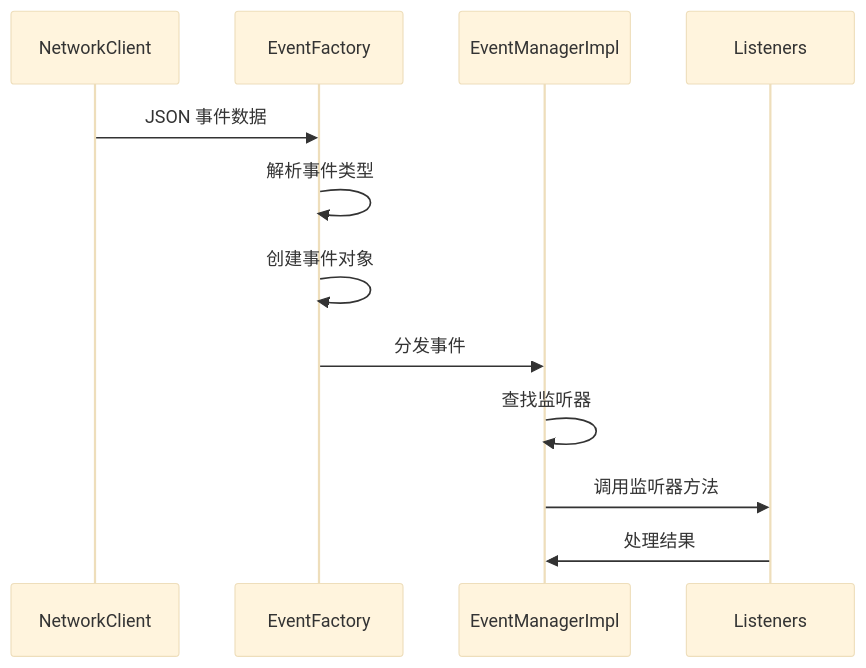
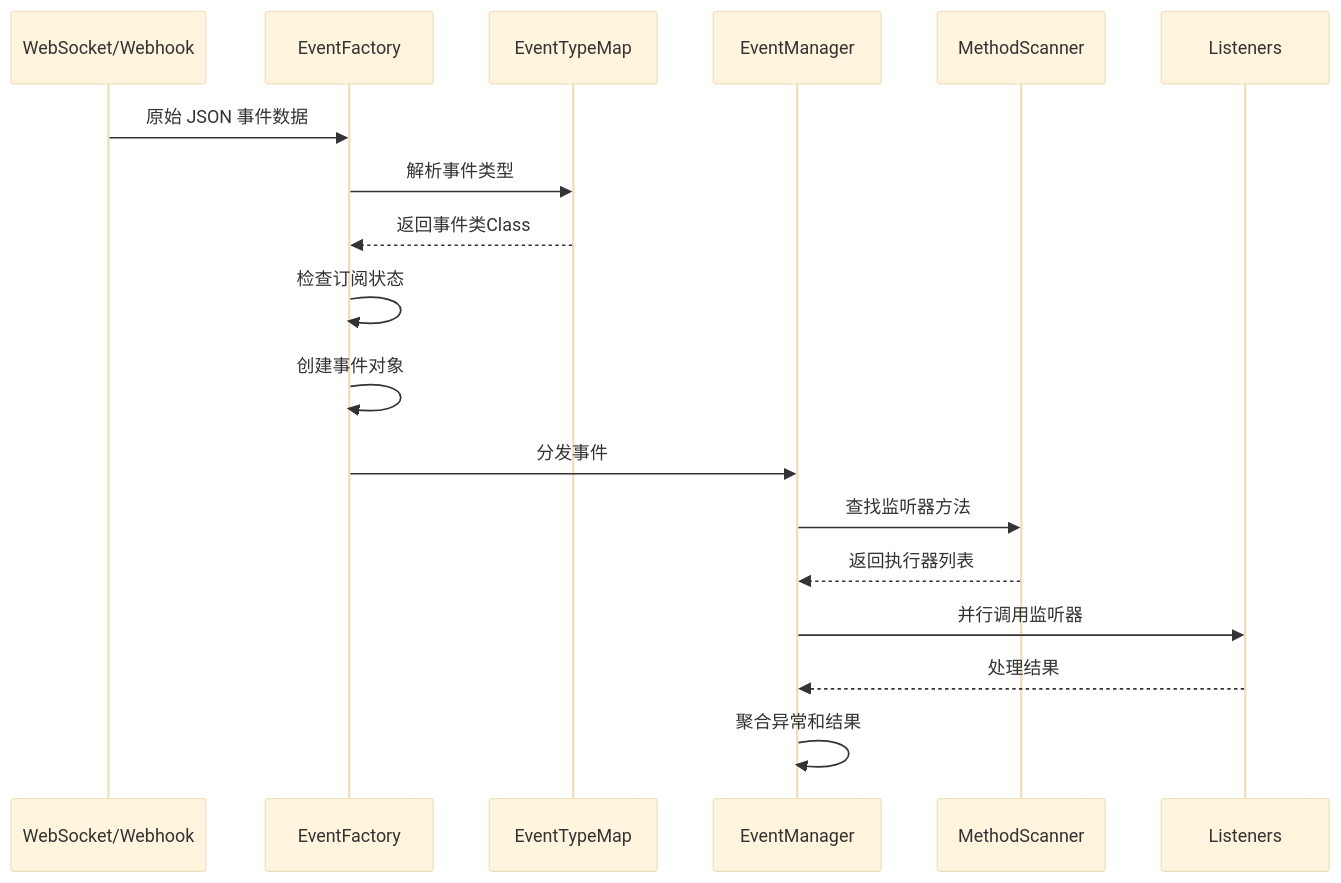
One commit to SNWCreations/KookBC changed the first of 2 diagrams in src/main/java/snw/kookbc/impl/event/CLAUDE.md. Above: the diagram before and after it, drawn with Mermaid (base theme). The commit also changed other lines of this file and 106 other files, not shown here.

````diff
--- a/src/main/java/snw/kookbc/impl/event/CLAUDE.md
+++ b/src/main/java/snw/kookbc/impl/event/CLAUDE.md
@@ -66,15 +61,21 @@
 ```mermaid
 sequenceDiagram
-    participant N as NetworkClient
+    participant WS as WebSocket/Webhook
     participant EF as EventFactory
-    participant EM as EventManagerImpl
+    participant ETM as EventTypeMap
+    participant EM as EventManager
+    participant MS as MethodScanner
     participant L as Listeners
 
-    N->>EF: JSON 事件数据
-    EF->>EF: 解析事件类型
+    WS->>EF: 原始 JSON 事件数据
+    EF->>ETM: 解析事件类型
+    ETM-->>EF: 返回事件类Class
+    EF->>EF: 检查订阅状态
     EF->>EF: 创建事件对象
     EF->>EM: 分发事件
-    EM->>EM: 查找监听器
-    EM->>L: 调用监听器方法
-    L->>EM: 处理结果
+    EM->>MS: 查找监听器方法
+    MS-->>EM: 返回执行器列表
+    EM->>L: 并行调用监听器
+    L-->>EM: 处理结果
+    EM->>EM: 聚合异常和结果
 ```
````
